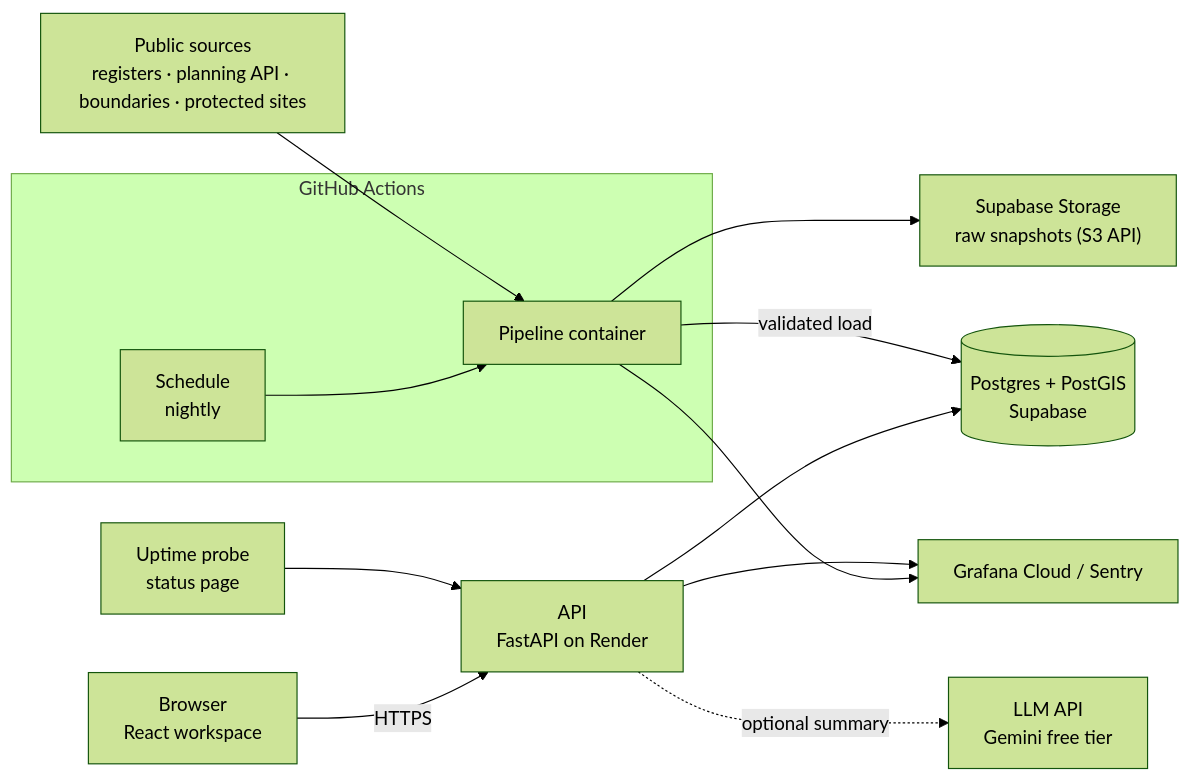
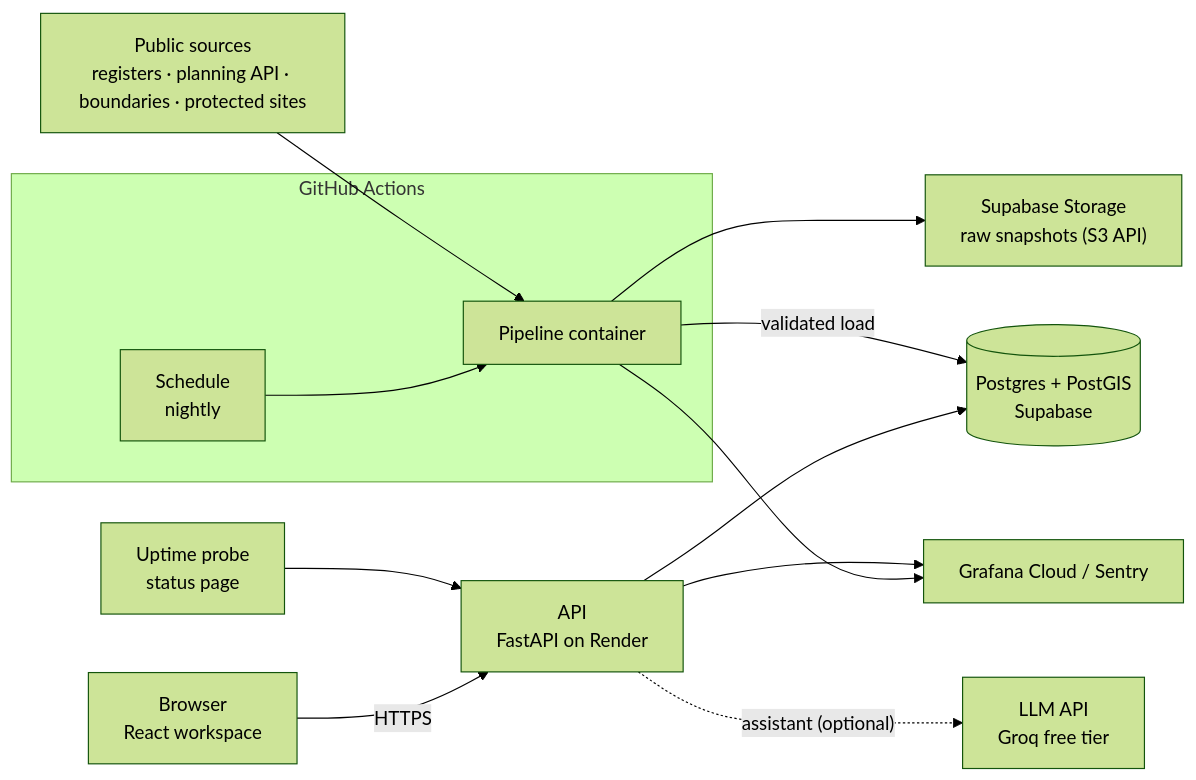
The first of 2 diagrams in docs/DESIGN.md (Neel09apr/DwellWise), drawn with Mermaid (forest theme) before and after one commit. The commit also changed other lines of this file and 15 other files, not shown here.

````diff
--- a/docs/DESIGN.md
+++ b/docs/DESIGN.md
@@ -69,18 +69,18 @@
 ```mermaid
 flowchart LR
   user["Browser<br/>React workspace"] -->|HTTPS| api["API<br/>FastAPI on Render"]
   api --> db[("Postgres + PostGIS<br/>Supabase")]
-  api -.->|"optional summary"| llm["LLM API<br/>Gemini free tier"]
+  api -.->|"assistant (optional)"| llm["LLM API<br/>Groq free tier"]
 
   subgraph gha["GitHub Actions"]
     sched["Schedule<br/>nightly"] --> fn["Pipeline container"]
   end
   fn --> raw["Supabase Storage<br/>raw snapshots (S3 API)"]
   fn --> obs
 
   sources["Public sources<br/>registers · planning API · boundaries · protected sites"] --> fn
   fn -->|"validated load"| db
 
   probe["Uptime probe<br/>status page"] --> api
   api --> obs["Grafana Cloud / Sentry"]
 ```
````
